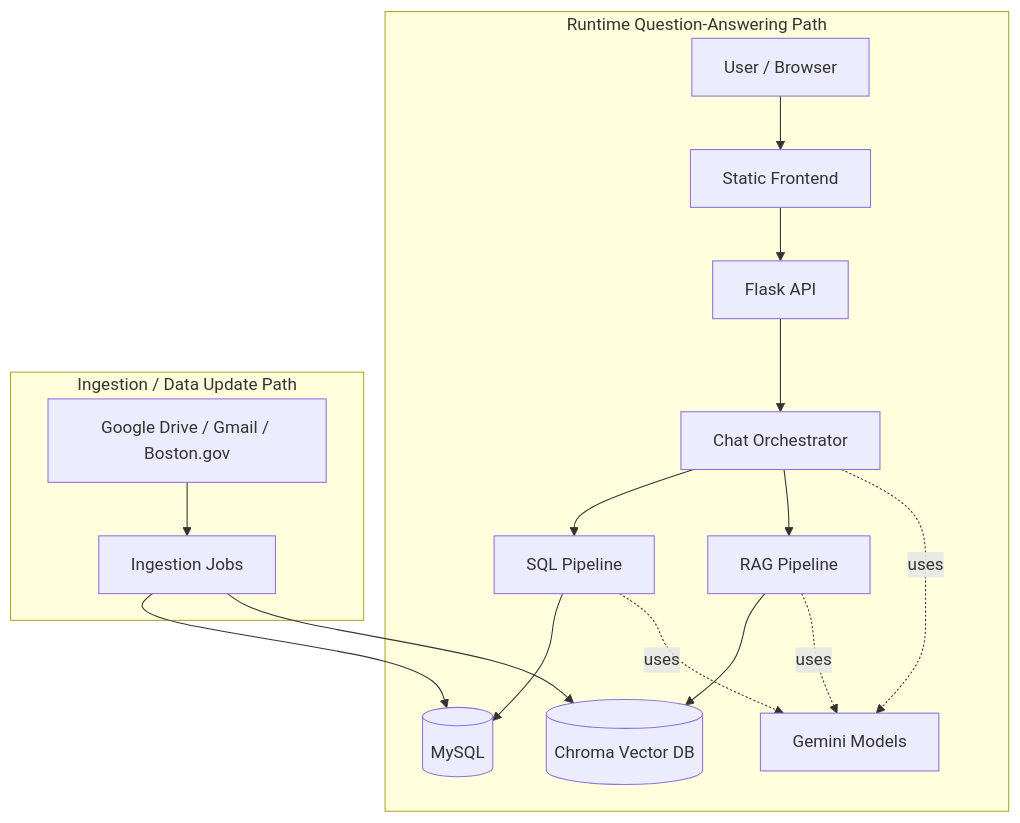
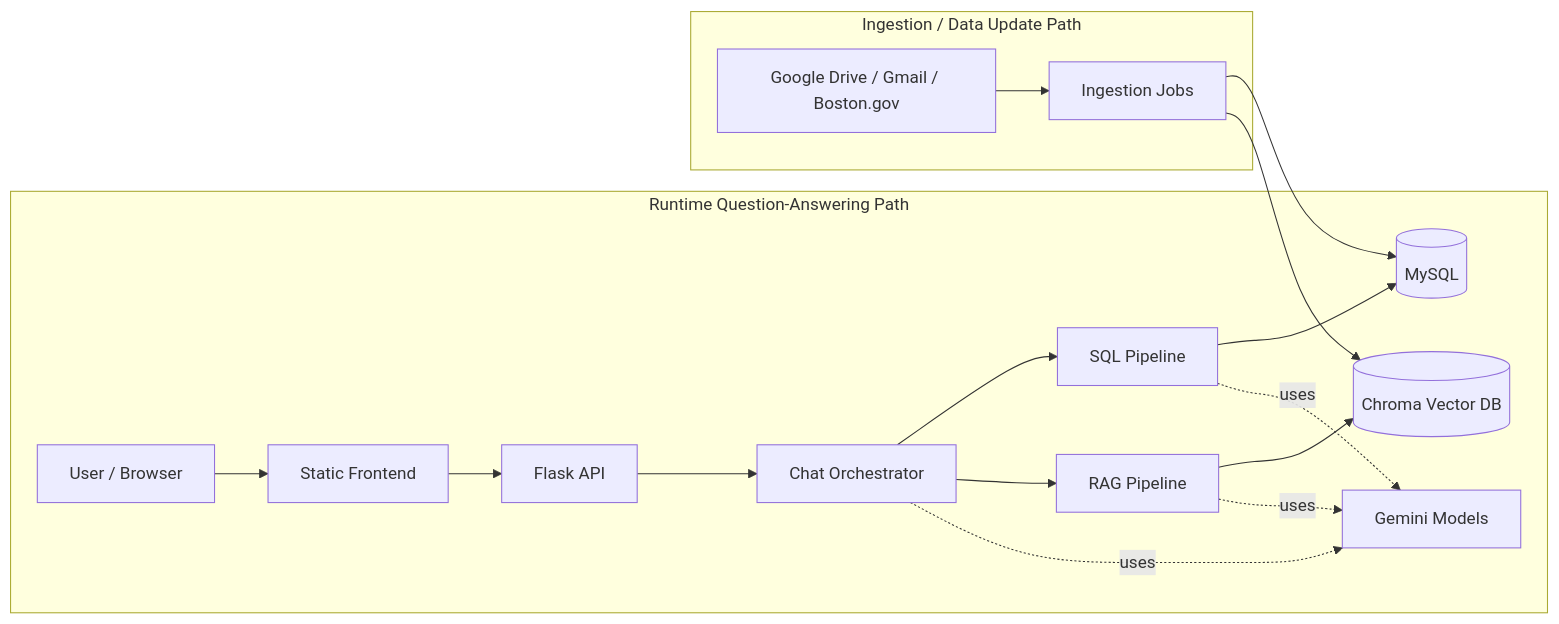
Before and after one commit to atharvg-BU/ml-misi-community-sentiment: the first of 2 diagrams in system_design.md, drawn with Mermaid.

````diff
--- a/system_design.md
+++ b/system_design.md
@@ -15,21 +15,21 @@
 ```mermaid
-flowchart TD
+flowchart LR
     subgraph Runtime["Runtime Question-Answering Path"]
         A[User / Browser] --> B[Static Frontend]
         B --> C[Flask API]
         C --> D[Chat Orchestrator]
         D --> E[SQL Pipeline]
         D --> F[RAG Pipeline]
         E --> G[(MySQL)]
         F --> H[(Chroma Vector DB)]
         D -.uses.-> I[Gemini Models]
         E -.uses.-> I
         F -.uses.-> I
     end
 
     subgraph Ingestion["Ingestion / Data Update Path"]
         K["Google Drive / Gmail / Boston.gov"] --> J[Ingestion Jobs]
         J --> G
         J --> H
     end
 ```
````
